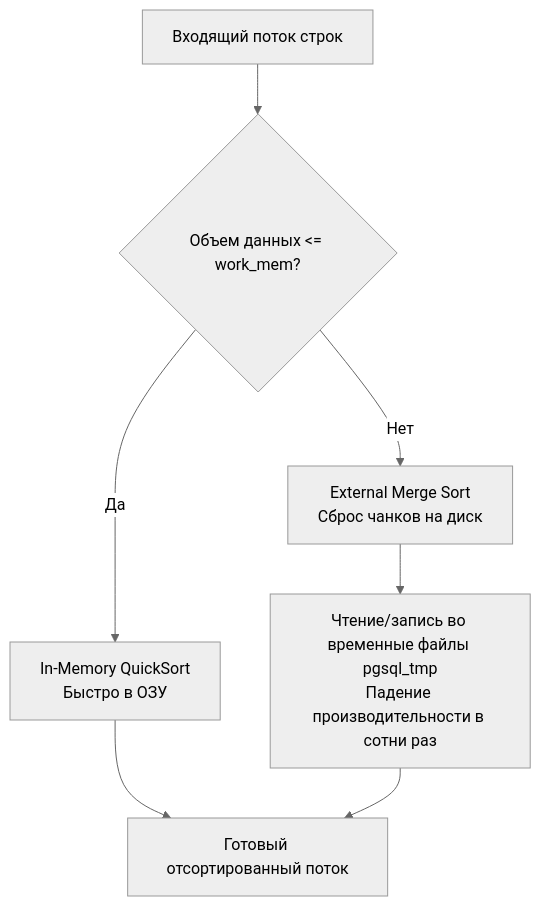
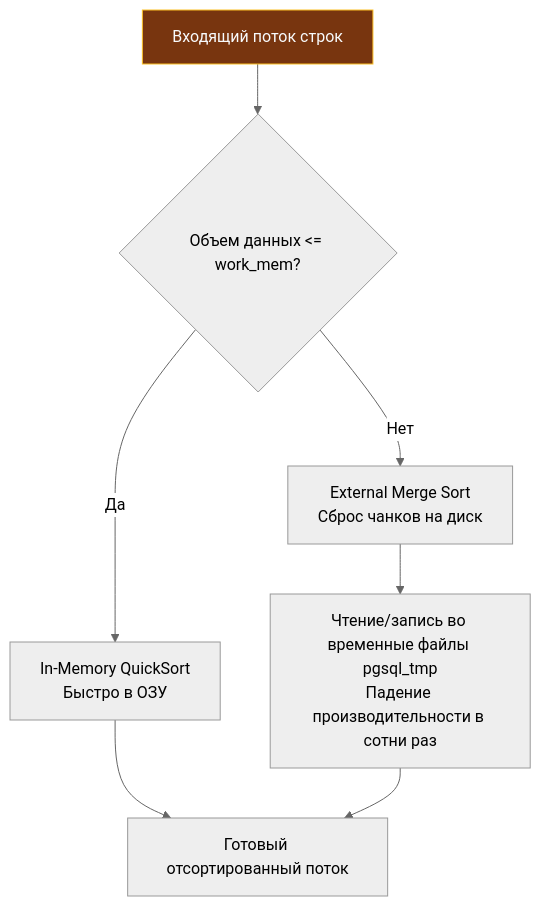
One commit to UnrealTemplier/go-textbook changed the first of 2 diagrams in sources/12. Базы данных/02. SQL базовый/4. ORDER BY, LIMIT.md. Above: the diagram before and after it, drawn with Mermaid (neutral theme). The commit also changed other lines of this file and 1666 other files, not shown here.

First line of the commit message:
feat(mermaid): add semantic color classDef to 1369 colorless flowchart/graph diagrams

````diff
--- a/sources/12. Базы данных/02. SQL базовый/4. ORDER BY, LIMIT.md
+++ b/sources/12. Базы данных/02. SQL базовый/4. ORDER BY, LIMIT.md
@@ -29,9 +29,19 @@
 ```mermaid
 flowchart TD
-    Rows["Входящий поток строк"] --> CheckMem{"Объем данных <= work_mem?"}
+    classDef process  fill:#1e293b,stroke:#38bdf8,stroke-width:1px,color:#f8fafc
+    classDef success  fill:#064e3b,stroke:#34d399,stroke-width:1px,color:#f8fafc
+    classDef error    fill:#7f1d1d,stroke:#f87171,stroke-width:1px,color:#f8fafc
+    classDef warning  fill:#78350f,stroke:#fbbf24,stroke-width:1px,color:#f8fafc
+    classDef entry    fill:#1e3a5f,stroke:#38bdf8,stroke-width:2px,color:#f8fafc
+    classDef aux      fill:#334155,stroke:#64748b,stroke-width:1px,color:#f8fafc
+    classDef system   fill:#312e81,stroke:#a78bfa,stroke-width:1px,color:#f8fafc
+    classDef data     fill:#132d29,stroke:#2dd4bf,stroke-width:1px,color:#f8fafc
+    classDef network  fill:#881337,stroke:#fb7185,stroke-width:1px,color:#f8fafc
+    classDef accent   fill:#1e1b4b,stroke:#818cf8,stroke-width:1px,color:#f8fafc
+    Rows["Входящий поток строк"]:::warning --> CheckMem{"Объем данных <= work_mem?"}
     CheckMem -->|"Да"| RAMSort["In-Memory QuickSort<br>Быстро в ОЗУ"]
     CheckMem -->|"Нет"| DiskSpill["External Merge Sort<br>Сброс чанков на диск"]
     DiskSpill --> DiskIO["Чтение/запись во временные файлы pgsql_tmp<br>Падение производительности в сотни раз"]
     RAMSort --> Output["Готовый отсортированный поток"]
     DiskIO --> Output
 ```
````
